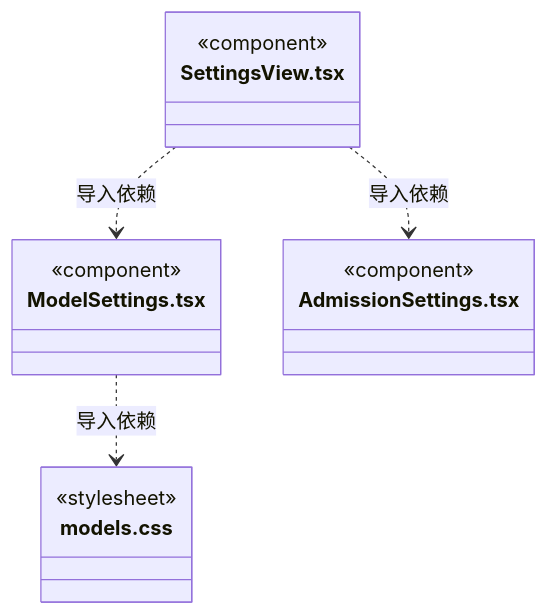
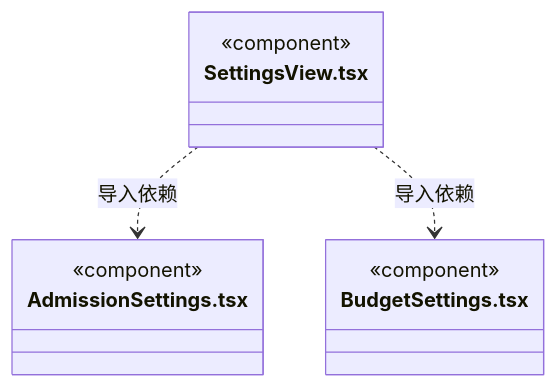
Before and after one commit to nan023062/cbim: the tenth of 10 diagrams in src/frontend/settings/ARCHITECTURE.md, drawn with Mermaid. The commit also changed other lines of this file and 64 other files, not shown here.

````diff
--- a/src/frontend/settings/ARCHITECTURE.md
+++ b/src/frontend/settings/ARCHITECTURE.md
@@ -67,18 +171,14 @@
 ```mermaid
 classDiagram
-class N_src_frontend_settings_ModelSettings_tsx["ModelSettings.tsx"] {
-  <<component>>
-}
-class N_src_frontend_settings_models_css["models.css"] {
-  <<stylesheet>>
-}
 class N_src_frontend_settings_SettingsView_tsx["SettingsView.tsx"] {
   <<component>>
 }
 class N_src_frontend_settings_AdmissionSettings_tsx["AdmissionSettings.tsx"] {
   <<component>>
 }
-N_src_frontend_settings_ModelSettings_tsx ..> N_src_frontend_settings_models_css : 导入依赖
-N_src_frontend_settings_SettingsView_tsx ..> N_src_frontend_settings_ModelSettings_tsx : 导入依赖
+class N_src_frontend_settings_BudgetSettings_tsx["BudgetSettings.tsx"] {
+  <<component>>
+}
 N_src_frontend_settings_SettingsView_tsx ..> N_src_frontend_settings_AdmissionSettings_tsx : 导入依赖
+N_src_frontend_settings_SettingsView_tsx ..> N_src_frontend_settings_BudgetSettings_tsx : 导入依赖
 ```
````
